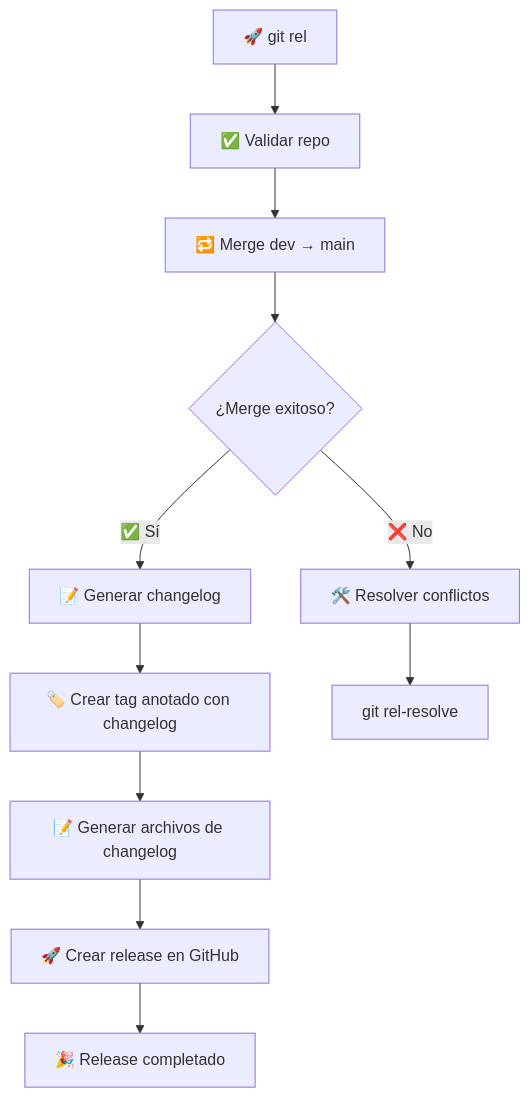
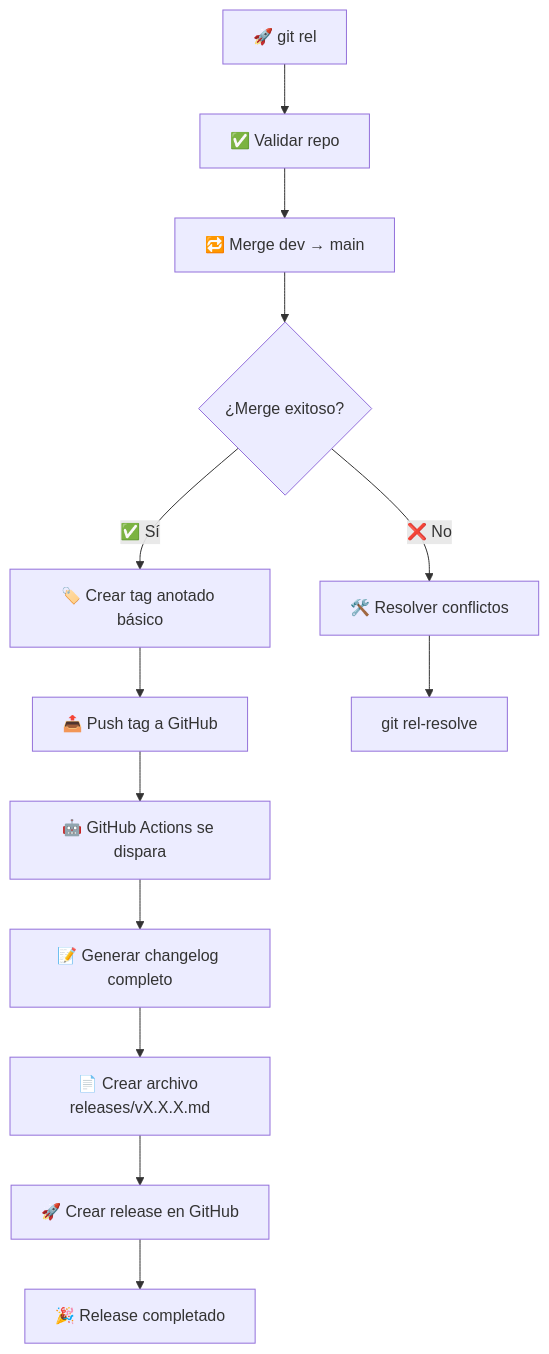
Before and after one commit to jesuserro/dotfiles: the diagram in scripts/git_rel.md, drawn with Mermaid. The commit also changed other lines of this file and 1 other file, not shown here.

First line of the commit message:
refactor(git_rel): streamline release process and update changelog generation

````diff
--- a/scripts/git_rel.md
+++ b/scripts/git_rel.md
@@ -210,13 +181,15 @@
 ```mermaid
 graph TD
     A[🚀 git rel] --> B[✅ Validar repo]
     B --> C[🔁 Merge dev → main]
     C --> D{¿Merge exitoso?}
-    D -->|✅ Sí| E[📝 Generar changelog]
+    D -->|✅ Sí| E[🏷️ Crear tag anotado básico]
     D -->|❌ No| F[🛠️ Resolver conflictos]
-    E --> G[🏷️ Crear tag anotado con changelog]
-    G --> H[📝 Generar archivos de changelog]
-    H --> I[🚀 Crear release en GitHub]
-    I --> J[🎉 Release completado]
-    F --> K[git rel-resolve]
+    E --> G[📤 Push tag a GitHub]
+    G --> H[🤖 GitHub Actions se dispara]
+    H --> I[📝 Generar changelog completo]
+    I --> J[📄 Crear archivo releases/vX.X.X.md]
+    J --> K[🚀 Crear release en GitHub]
+    K --> L[🎉 Release completado]
+    F --> M[git rel-resolve]
 ```
````
